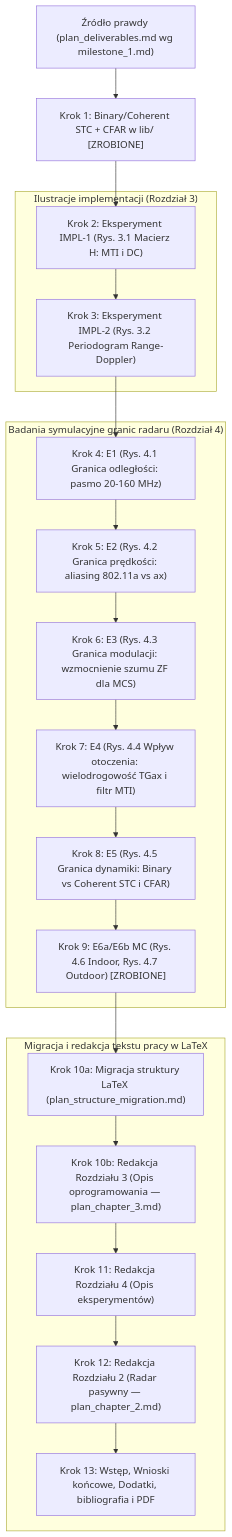
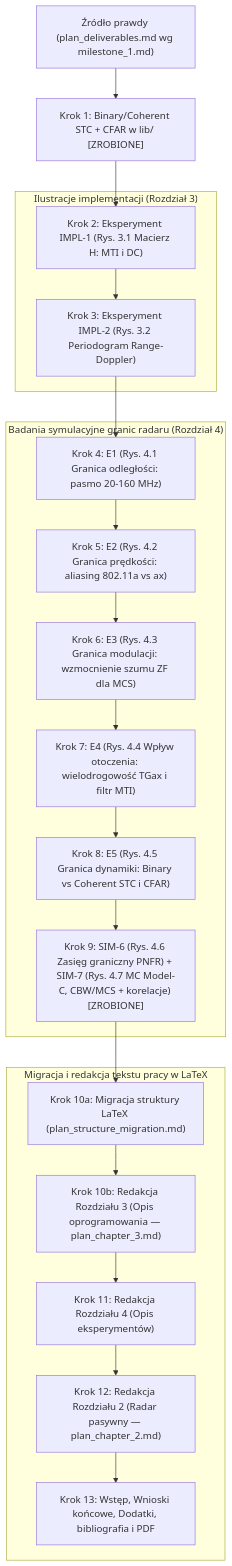
The diagram in docs/plan_work_order.md (nix746/wifi-radar), drawn with Mermaid before and after one commit. The commit also changed other lines of this file and 57 other files, not shown here.

````diff
--- a/docs/plan_work_order.md
+++ b/docs/plan_work_order.md
@@ -64,37 +64,37 @@
 ```mermaid
 flowchart TD
     D["Źródło prawdy (plan_deliverables.md wg milestone_1.md)"]
     K1["Krok 1: Binary/Coherent STC + CFAR w lib/ [ZROBIONE]"]
     
     subgraph EXP_IMPL["Ilustracje implementacji (Rozdział 3)"]
         K2["Krok 2: Eksperyment IMPL-1 (Rys. 3.1 Macierz H: MTI i DC)"]
         K3["Krok 3: Eksperyment IMPL-2 (Rys. 3.2 Periodogram Range-Doppler)"]
     end
 
     subgraph EXP_SIM["Badania symulacyjne granic radaru (Rozdział 4)"]
         K4["Krok 4: E1 (Rys. 4.1 Granica odległości: pasmo 20-160 MHz)"]
         K5["Krok 5: E2 (Rys. 4.2 Granica prędkości: aliasing 802.11a vs ax)"]
         K6["Krok 6: E3 (Rys. 4.3 Granica modulacji: wzmocnienie szumu ZF dla MCS)"]
         K7["Krok 7: E4 (Rys. 4.4 Wpływ otoczenia: wielodrogowość TGax i filtr MTI)"]
         K8["Krok 8: E5 (Rys. 4.5 Granica dynamiki: Binary vs Coherent STC i CFAR)"]
-        K9["Krok 9: E6a/E6b MC (Rys. 4.6 Indoor, Rys. 4.7 Outdoor) [ZROBIONE]"]
+        K9["Krok 9: SIM-6 (Rys. 4.6 Zasięg graniczny PNFR) + SIM-7 (Rys. 4.7 MC Model-C, CBW/MCS + korelacje) [ZROBIONE]"]
     end
 
     subgraph LATEX["Migracja i redakcja tekstu pracy w LaTeX"]
         K10a["Krok 10a: Migracja struktury LaTeX (plan_structure_migration.md)"]
         K10b["Krok 10b: Redakcja Rozdziału 3 (Opis oprogramowania — plan_chapter_3.md)"]
         K11["Krok 11: Redakcja Rozdziału 4 (Opis eksperymentów)"]
         K12["Krok 12: Redakcja Rozdziału 2 (Radar pasywny — plan_chapter_2.md)"]
         K13["Krok 13: Wstęp, Wnioski końcowe, Dodatki, bibliografia i PDF"]
     end
 
     D --> K1
     K1 --> K2
     K2 --> K3
     K3 --> K4 --> K5 --> K6 --> K7 --> K8 --> K9
     K9 --> K10a
     K10a --> K10b
     K10b --> K11
     K11 --> K12
     K12 --> K13
 ```
````
